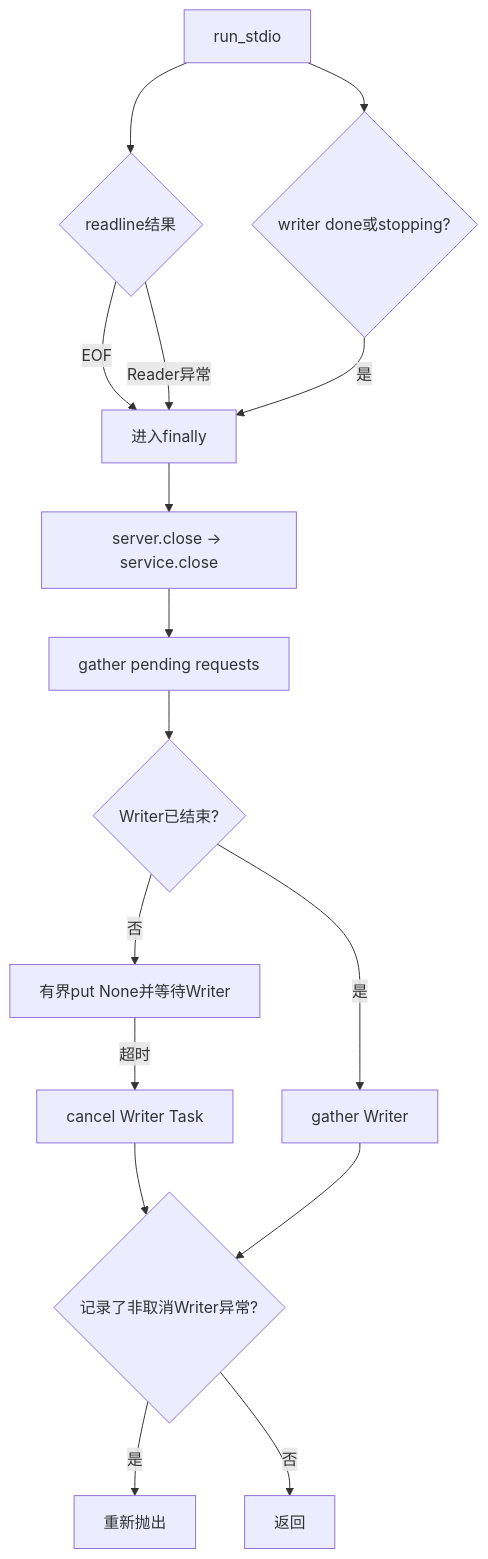
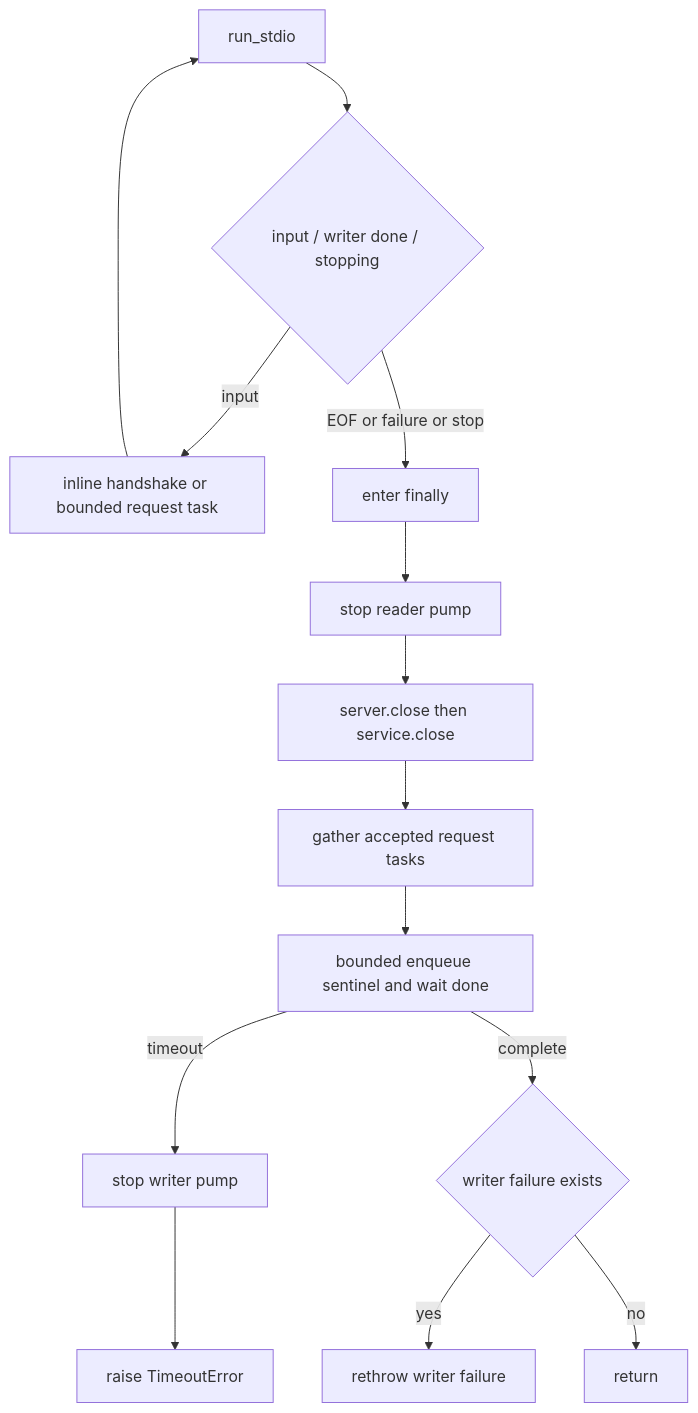
The tenth of 14 diagrams in docs/modules/app-server.md (carrie1988/Harnessix), drawn with Mermaid before and after one commit. The commit also changed other lines of this file and 12 other files, not shown here.

````diff
--- a/docs/modules/app-server.md
+++ b/docs/modules/app-server.md
@@ -648,18 +651,16 @@
 ```mermaid
 flowchart TD
-    Run["run_stdio"] --> Read{"readline结果"}
-    Read -- EOF --> Finally["进入finally"]
-    Read -- Reader异常 --> Finally
-    Run --> Stop{"writer done或stopping?"}
-    Stop -- 是 --> Finally
-    Finally --> Close["server.close → service.close"]
-    Close --> Pending["gather pending requests"]
-    Pending --> WriterState{"Writer已结束?"}
-    WriterState -- 否 --> Sentinel["有界put None并等待Writer"]
-    Sentinel -- 超时 --> CancelWriter["cancel Writer Task"]
-    WriterState -- 是 --> GatherWriter["gather Writer"]
-    CancelWriter --> Failure{"记录了非取消Writer异常?"}
-    GatherWriter --> Failure
-    Failure -- 是 --> Raise["重新抛出"]
-    Failure -- 否 --> Done["返回"]
+    Run["run_stdio"] --> Race{"input / writer done / stopping"}
+    Race -- input --> Dispatch["inline handshake or bounded request task"]
+    Dispatch --> Run
+    Race -- EOF or failure or stop --> Finally["enter finally"]
+    Finally --> ReaderStop["stop reader pump"]
+    ReaderStop --> Close["server.close then service.close"]
+    Close --> Pending["gather accepted request tasks"]
+    Pending --> WriterClose["bounded enqueue sentinel and wait done"]
+    WriterClose -- timeout --> WriterStop["stop writer pump"]
+    WriterClose -- complete --> WriterFailure{"writer failure exists"}
+    WriterStop --> Timeout["raise TimeoutError"]
+    WriterFailure -- yes --> Raise["rethrow writer failure"]
+    WriterFailure -- no --> Done["return"]
 ```
````
